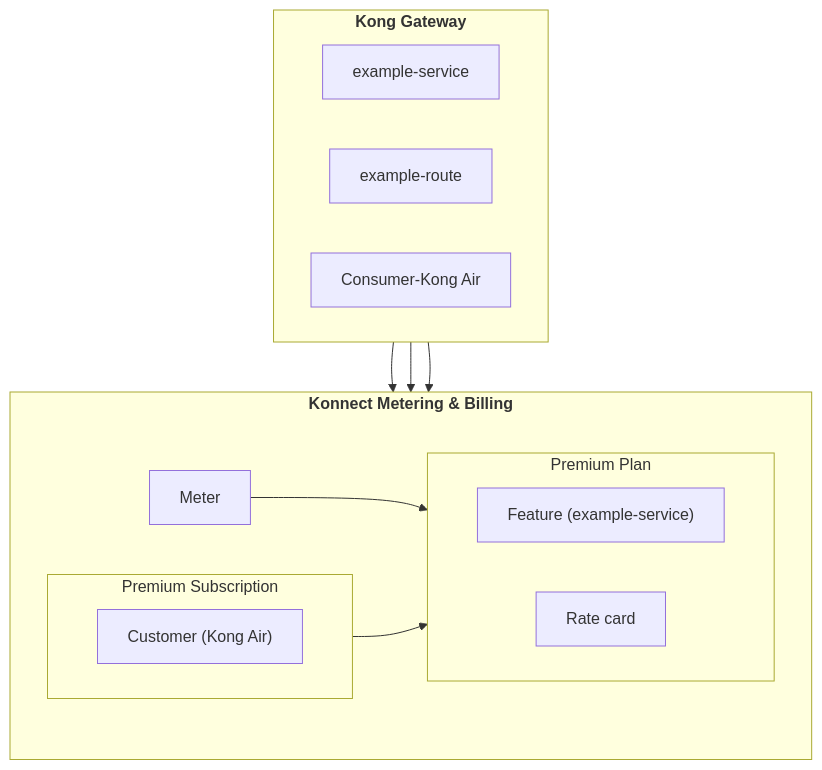
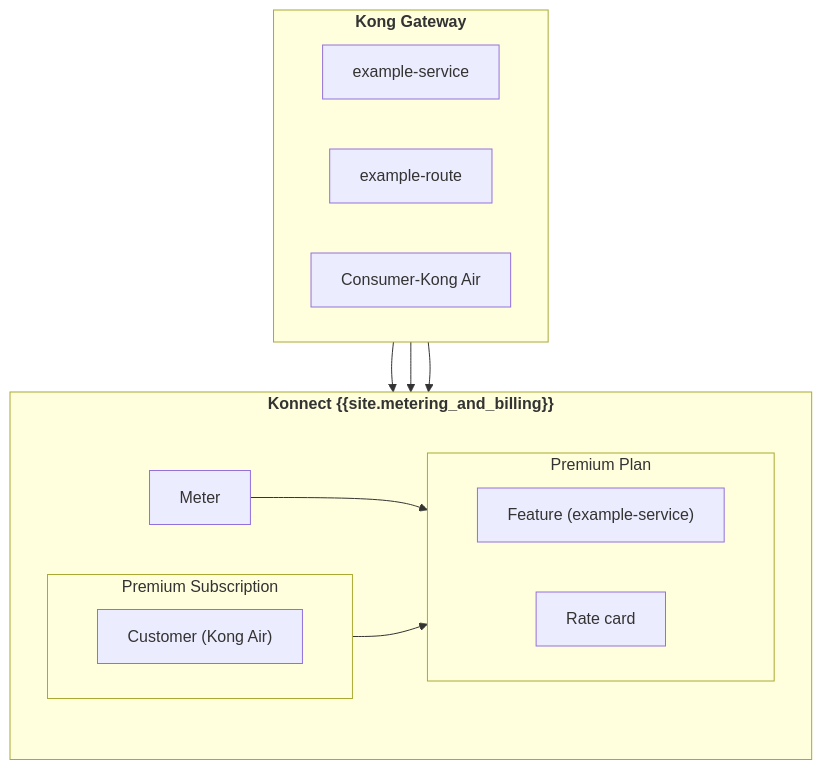
Before and after one commit to Kong/developer.konghq.com: the diagram in app/_how-tos/get-started-with-metering-and-billing.md, drawn with Mermaid. The commit also changed other lines of this file and 6 other files, not shown here.

```diff
--- a/app/_how-tos/get-started-with-metering-and-billing.md
+++ b/app/_how-tos/get-started-with-metering-and-billing.md
@@ -73,28 +73,28 @@
 {% mermaid %}
 flowchart TB
   subgraph gateway["<b>Kong Gateway</b>"]
     direction LR
         service["example-service"]
         route["example-route"]
         consumer1["Consumer-Kong Air"]
   end
-  subgraph metering["<b>Konnect Metering & Billing</b>"]
+  subgraph metering["<b>Konnect {{site.metering_and_billing}}</b>"]
     direction LR
         meter["Meter"]
     subgraph plan["Premium Plan"]
       direction LR
           feature2["Feature (example-service)"]
           rate-card2["Rate card"]
     end
     subgraph subscription["Premium Subscription"]
       direction LR
           customer1["Customer (Kong Air)"]
     end
   end
     gateway --> metering
     service --> meter
     meter --> feature2
     consumer1 --> customer1
     subscription --> plan
 
 {% endmermaid %}
```
